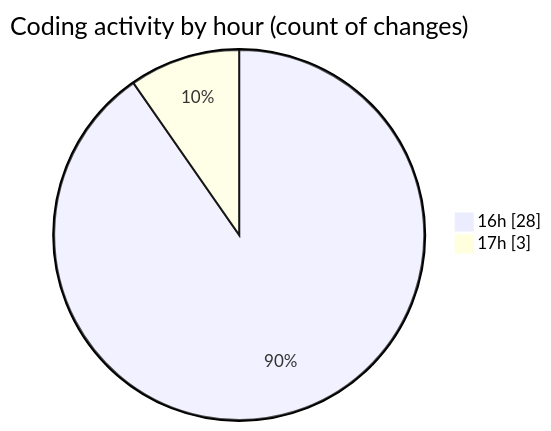
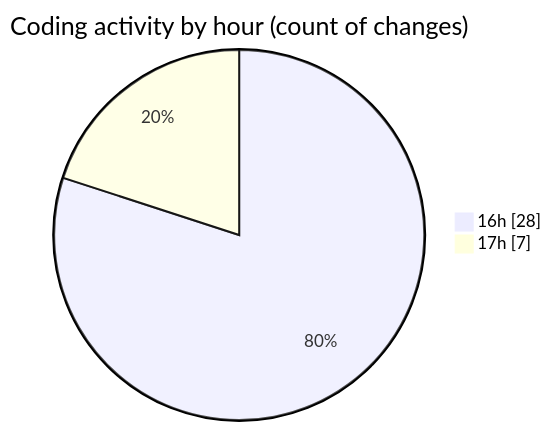
Before and after one commit to donsfak/code-tracking: the second of 2 diagrams in 2025-01-15/trackers_app/README.md, drawn with Mermaid. The commit also changed other lines of this file and 1 other file, not shown here.

````diff
--- a/2025-01-15/trackers_app/README.md
+++ b/2025-01-15/trackers_app/README.md
@@ -32,6 +33,6 @@
 ```mermaid
 pie showData
 title Coding activity by hour (count of changes)
 "16h" : 28
-"17h" : 3
+"17h" : 7
 ```
````
